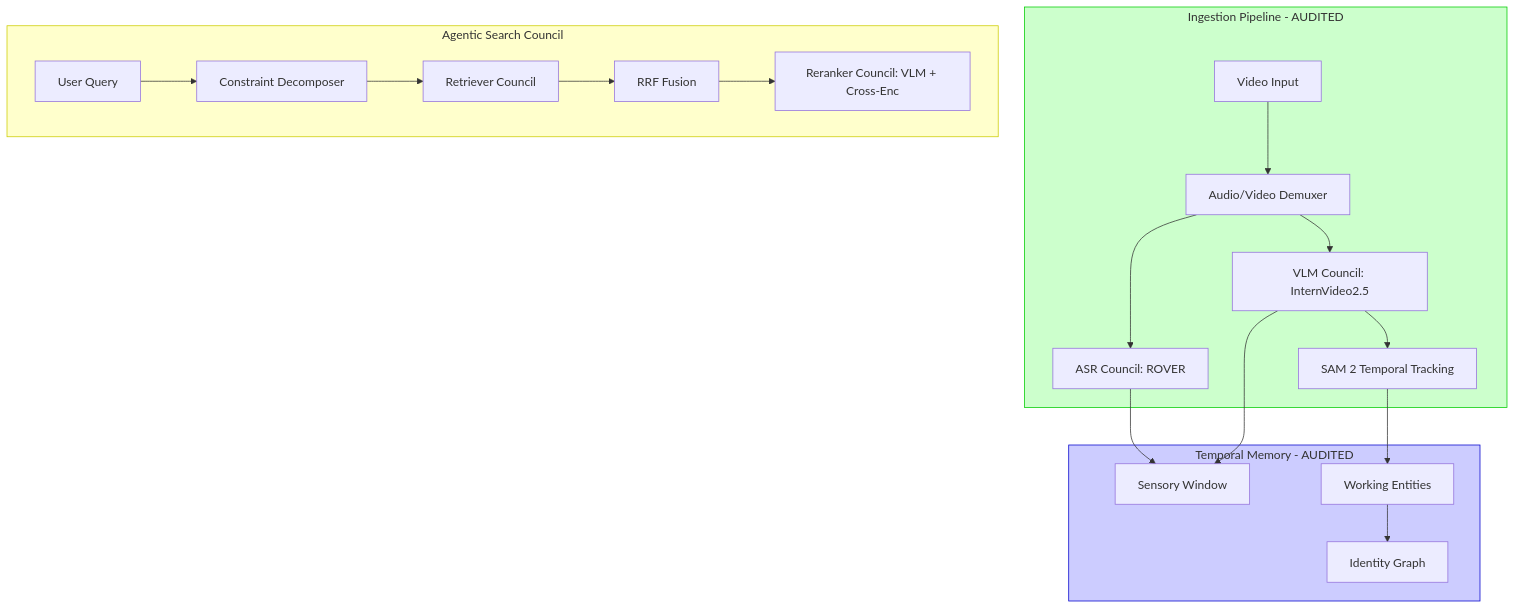
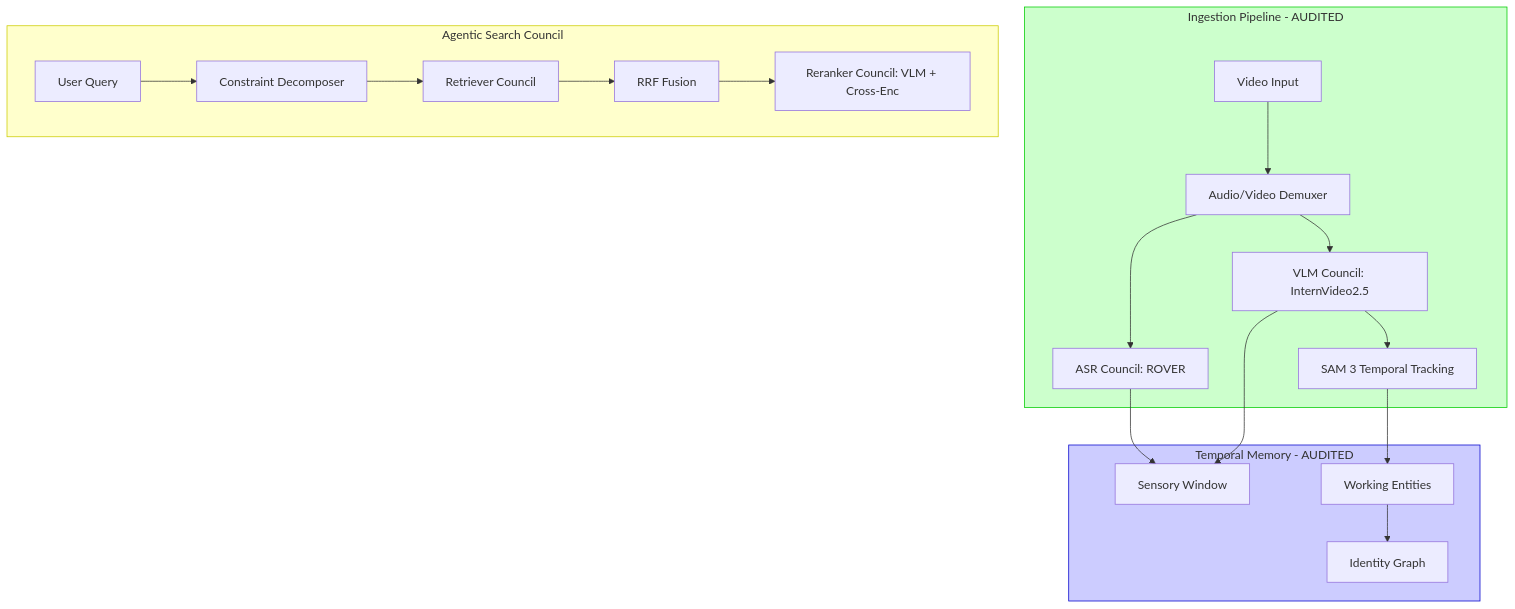
Before and after one commit to gnanaprakash2918/AI-Media-Indexer: the second of 2 diagrams in docs/ARCHITECTURE_BEFORE_VS_AFTER.md, drawn with Mermaid. The commit also changed 3 other files, not shown here.

````diff
--- a/docs/ARCHITECTURE_BEFORE_VS_AFTER.md
+++ b/docs/ARCHITECTURE_BEFORE_VS_AFTER.md
@@ -64,31 +64,31 @@
 ```mermaid
 flowchart TD
     subgraph Ingestion["Ingestion Pipeline - AUDITED"]
         Video[Video Input] --> Demux[Audio/Video Demuxer]
         Demux --> AudioCouncil[ASR Council: ROVER]
         Demux --> VideoCouncil[VLM Council: InternVideo2.5]
-        VideoCouncil --> SAM2[SAM 2 Temporal Tracking]
+        VideoCouncil --> SAM3[SAM 3 Temporal Tracking]
     end
 
     subgraph Memory["Temporal Memory - AUDITED"]
         Sensory[Sensory Window]
         Working[Working Entities]
         LTG[Identity Graph]
     end
 
     subgraph HyperSearch["Agentic Search Council"]
         Query[User Query] --> Decompose[Constraint Decomposer]
         Decompose --> Retriever[Retriever Council]
         Retriever --> RRF[RRF Fusion]
         RRF --> Reranker[Reranker Council: VLM + Cross-Enc]
     end
 
     AudioCouncil --> Sensory
     VideoCouncil --> Sensory
-    SAM2 --> Working
+    SAM3 --> Working
     Working --> LTG
 
     style Ingestion fill:#ccffcc,stroke:#00cc00
     style Memory fill:#ccccff,stroke:#0000cc
     style HyperSearch fill:#ffffcc,stroke:#cccc00
 ```
````
